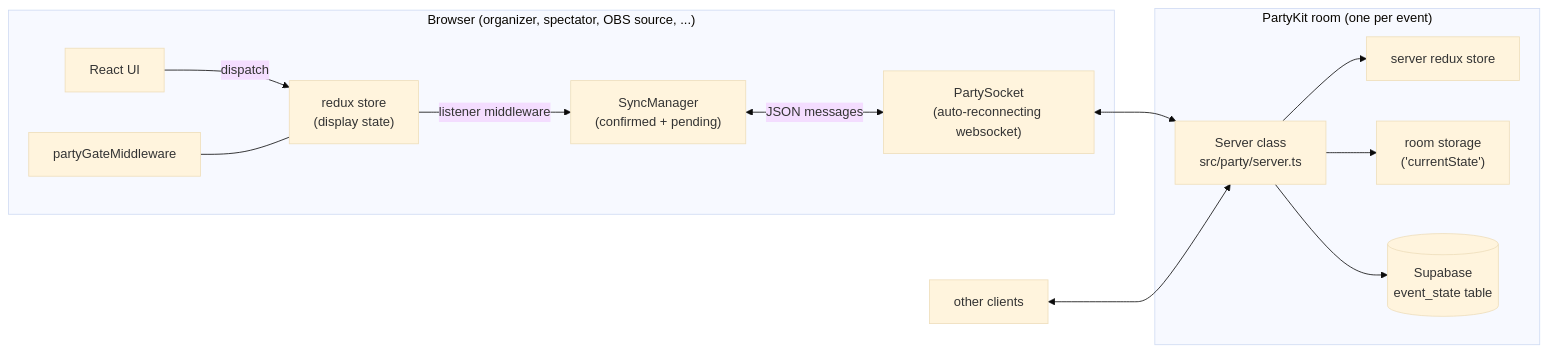
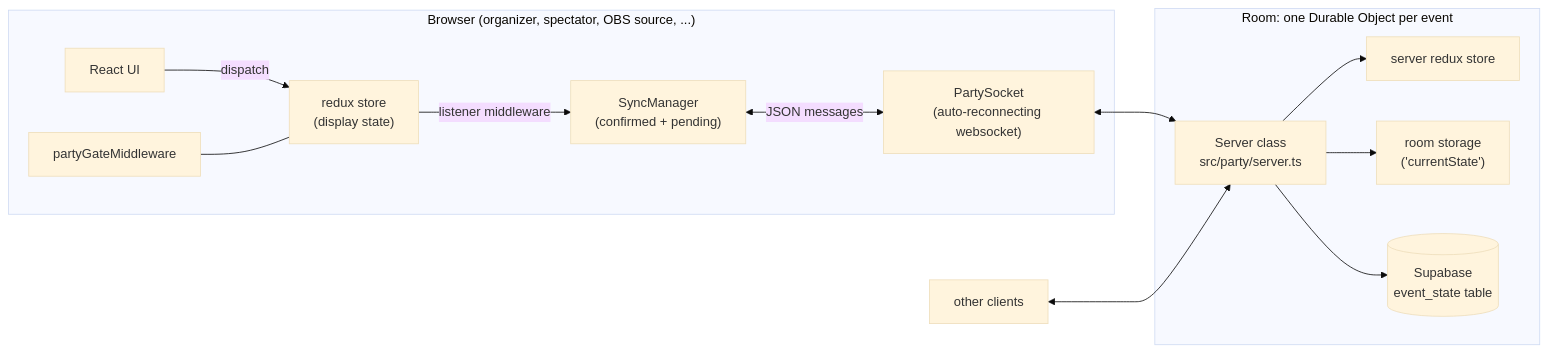
Before and after one commit to noahm/DDRCardDraw: the first of 7 diagrams in docs/partykit-sync-design.md, drawn with Mermaid (base theme). The commit also changed other lines of this file and 22 other files, not shown here.

First line of the commit message:
Move the party server from hosted PartyKit to partyserver on Workers

````diff
--- a/docs/partykit-sync-design.md
+++ b/docs/partykit-sync-design.md
@@ -19,16 +21,16 @@
 ```mermaid
 flowchart LR
     subgraph B1["Browser (organizer, spectator, OBS source, ...)"]
         UI["React UI"] -->|dispatch| Store["redux store<br/>(display state)"]
         Gate["partyGateMiddleware"] --- Store
         Store -->|listener middleware| SM["SyncManager<br/>(confirmed + pending)"]
         SM <-->|JSON messages| WS["PartySocket<br/>(auto-reconnecting websocket)"]
     end
     WS <--> Room
-    subgraph PK["PartyKit room (one per event)"]
+    subgraph PK["Room: one Durable Object per event"]
         Room["Server class<br/>src/party/server.ts"] --> SStore["server redux store"]
         Room --> KV["room storage<br/>('currentState')"]
         Room --> SB[("Supabase<br/>event_state table")]
     end
     B2["other clients"] <--> Room
 ```
````
